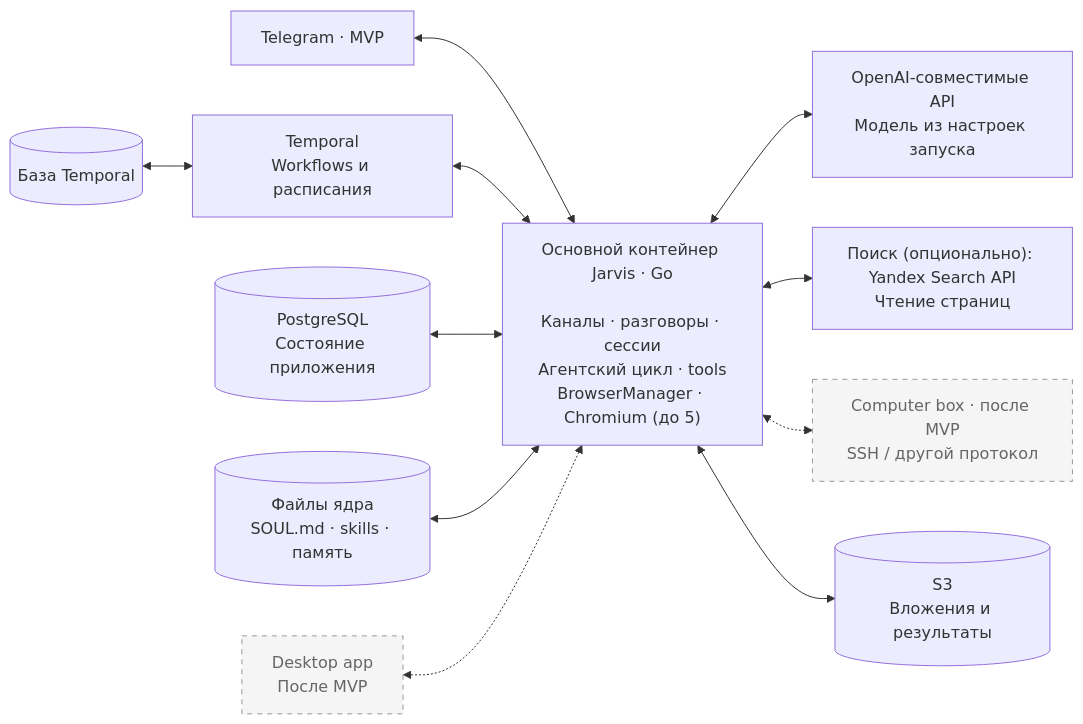
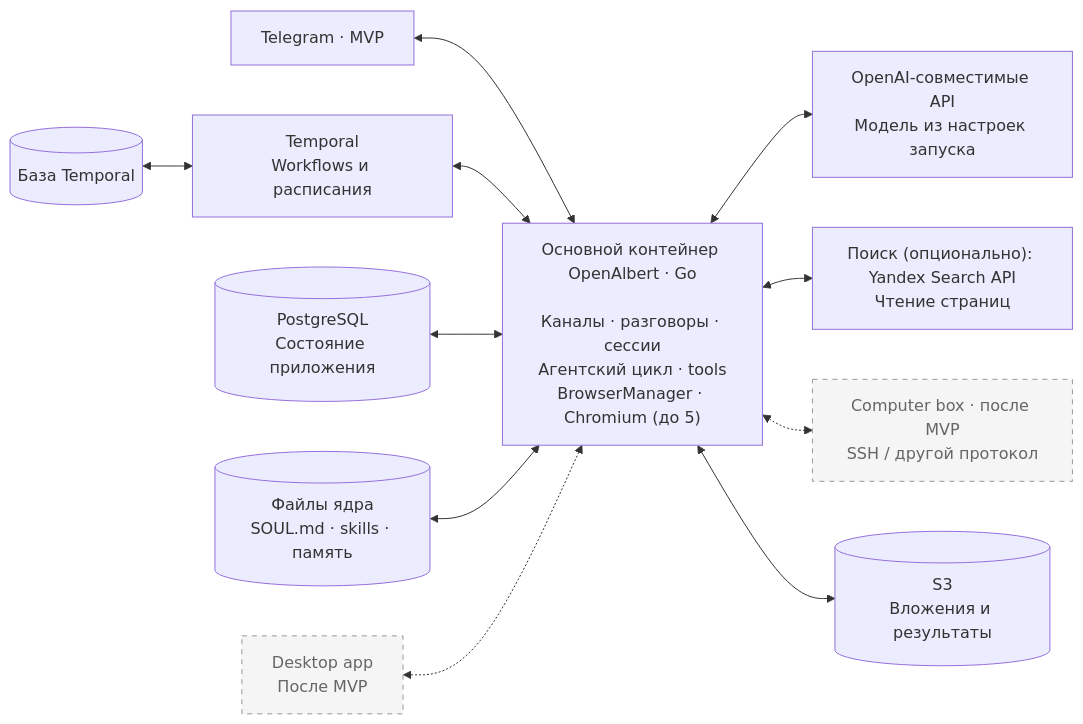
Before and after one commit to mishankov/OpenAlbert: the diagram in docs/diagrams/components.mmd, drawn with Mermaid. The commit also changed 144 other files, not shown here.

Commit message:
Prepare OpenAlbert CI, multi-platform images and deployment

```diff
--- a/docs/diagrams/components.mmd
+++ b/docs/diagrams/components.mmd
@@ -1,27 +1,27 @@
 flowchart LR
-    accTitle: Компоненты Jarvis
+    accTitle: Компоненты OpenAlbert
     accDescr: В MVP Telegram связан с ядром, Temporal управляет исполнением, а инструменты обращаются к выбранной при запуске модели и данным. Desktop app и Computer box показаны пунктиром как последующий этап.
     Channels["Telegram · MVP"]
     Desktop["Desktop app<br/>После MVP"]
     TemporalDB[("База Temporal")]
     Temporal["Temporal<br/>Workflows и расписания"]
     DB[("PostgreSQL<br/>Состояние приложения")]
     Files[("Файлы ядра<br/>SOUL.md · skills · память")]
-    Core["Основной контейнер Jarvis · Go<br/><br/>Каналы · разговоры · сессии<br/>Агентский цикл · tools<br/>BrowserManager · Chromium (до 5)"]
+    Core["Основной контейнер OpenAlbert · Go<br/><br/>Каналы · разговоры · сессии<br/>Агентский цикл · tools<br/>BrowserManager · Chromium (до 5)"]
     LLM["OpenAI-совместимые API<br/>Модель из настроек запуска"]
     Search["Поиск (опционально): Yandex Search API<br/>Чтение страниц"]
     Computer["Computer box · после MVP<br/>SSH / другой протокол"]
     S3[("S3<br/>Вложения и результаты")]
 
     Channels <--> Core
     TemporalDB <--> Temporal
     Temporal <--> Core
     DB <--> Core
     Files <--> Core
     Core <--> LLM
     Core <--> Search
     Core <-.-> Computer
     Desktop <-.-> Core
     classDef future fill:#f5f5f5,stroke:#999,stroke-dasharray:5 5,color:#666
     class Desktop,Computer future
     Core <--> S3
```
